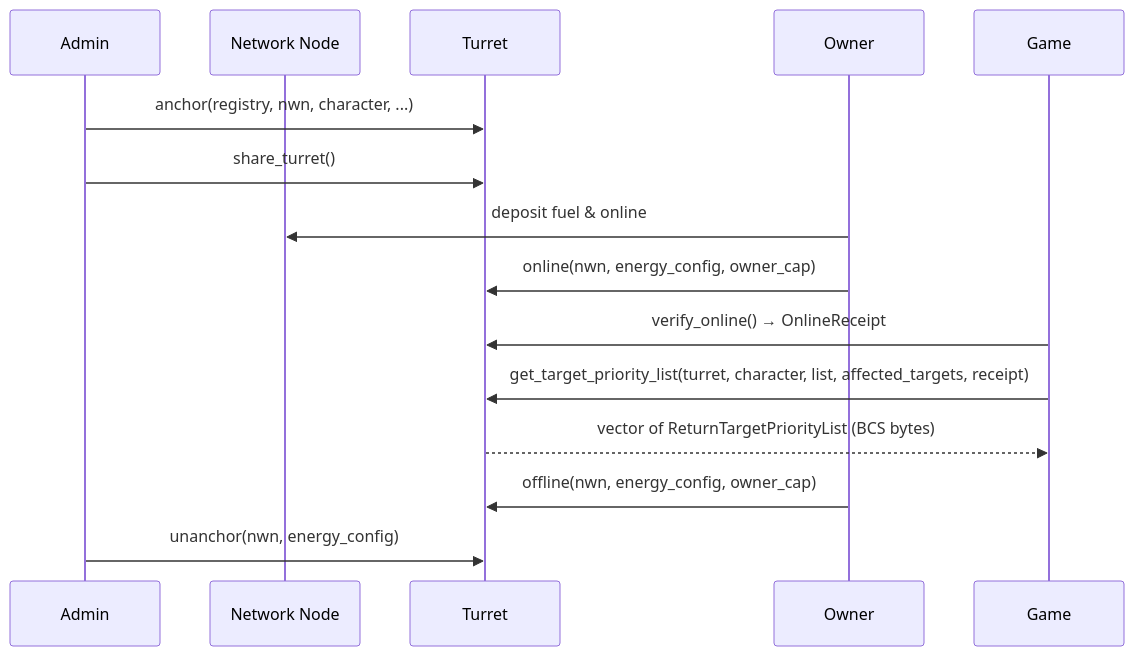
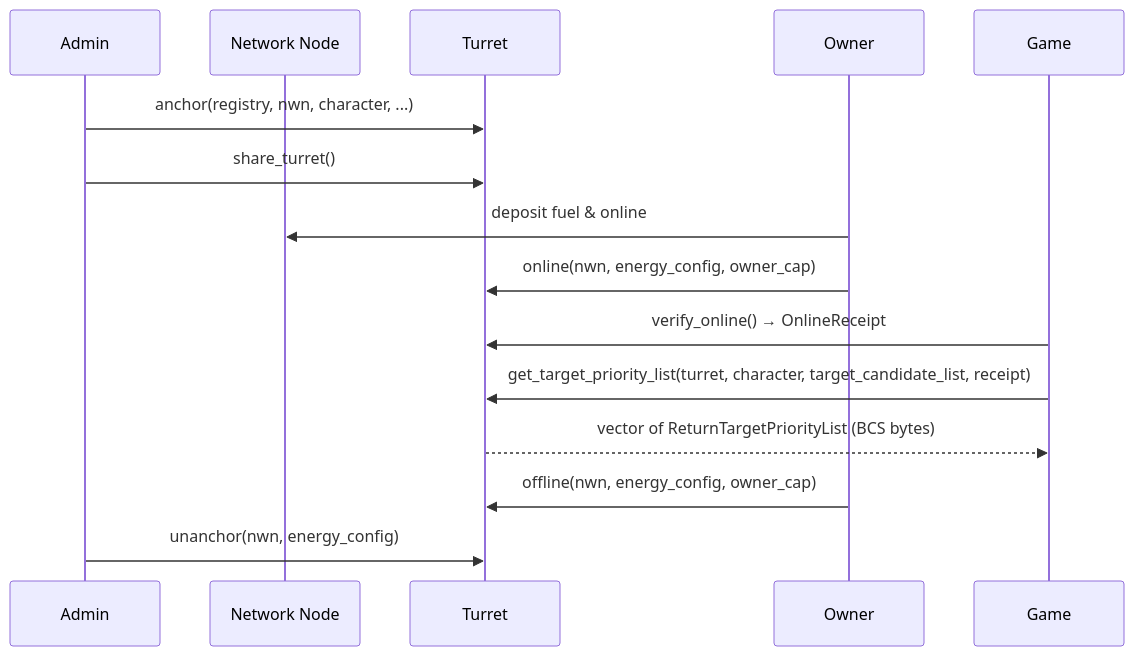
Before and after one commit to Scetrov/frontier.scetrov.live: the third of 3 diagrams in content/develop/world-contracts/assemblies/turret.move.md, drawn with Mermaid. The commit also changed other lines of this file and 7 other files, not shown here.

````diff
--- a/content/develop/world-contracts/assemblies/turret.move.md
+++ b/content/develop/world-contracts/assemblies/turret.move.md
@@ -265,18 +255,18 @@
 ```mermaid
 sequenceDiagram
     participant Admin
     participant NWN as Network Node
     participant Turret
     participant Owner
     participant Game
 
     Admin->>Turret: anchor(registry, nwn, character, ...)
     Admin->>Turret: share_turret()
     Owner->>NWN: deposit fuel & online
     Owner->>Turret: online(nwn, energy_config, owner_cap)
     Game->>Turret: verify_online() → OnlineReceipt
-    Game->>Turret: get_target_priority_list(turret, character, list, affected_targets, receipt)
+    Game->>Turret: get_target_priority_list(turret, character, target_candidate_list, receipt)
     Turret-->>Game: vector of ReturnTargetPriorityList (BCS bytes)
     Owner->>Turret: offline(nwn, energy_config, owner_cap)
     Admin->>Turret: unanchor(nwn, energy_config)
 ```
````
